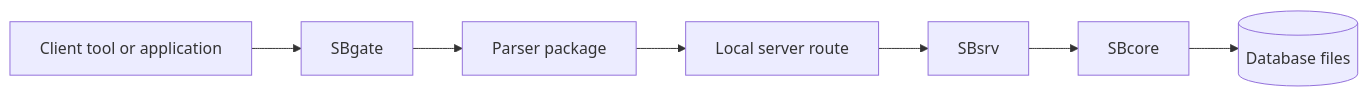
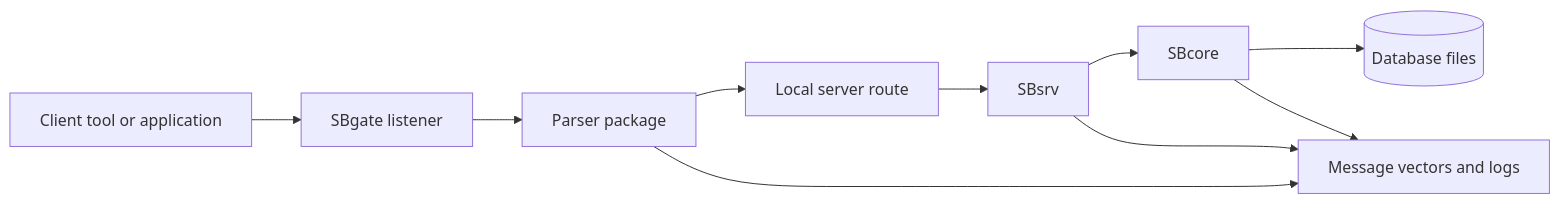
Before and after one commit to scratchbird-software-inc/ScratchBird: the first of 2 diagrams in docs/documentation/draft/Getting_Started/operating_modes/standalone_server.md, drawn with Mermaid. The commit also changed other lines of this file and 23 other files, not shown here.

````diff
--- a/docs/documentation/draft/Getting_Started/operating_modes/standalone_server.md
+++ b/docs/documentation/draft/Getting_Started/operating_modes/standalone_server.md
@@ -9,9 +11,21 @@
 ```mermaid
 flowchart LR
-    Client[Client tool or application] --> Listener[SBgate]
-    Listener --> Parser[Parser package]
-    Parser --> IPC[Local server route]
-    IPC --> Server[SBsrv]
-    Server --> Engine[SBcore]
-    Engine --> DB[(Database files)]
+    Client[Client tool or application]
+    Gate[SBgate listener]
+    Parser[Parser package]
+    LocalRoute[Local server route]
+    Server[SBsrv]
+    Engine[SBcore]
+    DB[(Database files)]
+    Diagnostics[Message vectors and logs]
+
+    Client --> Gate
+    Gate --> Parser
+    Parser --> LocalRoute
+    LocalRoute --> Server
+    Server --> Engine
+    Engine --> DB
+    Parser --> Diagnostics
+    Server --> Diagnostics
+    Engine --> Diagnostics
 ```
````
